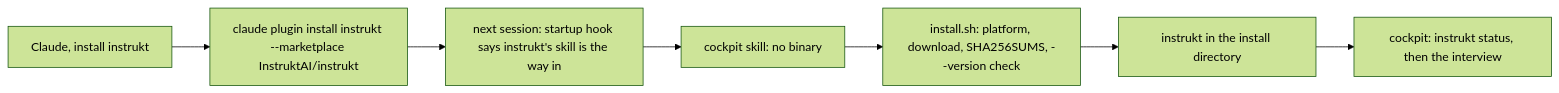
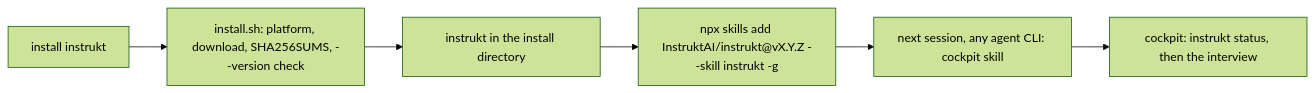
The first of 3 diagrams in docs/project/design/architecture/overview.md (InstruktAI/instrukt), drawn with Mermaid (forest theme) before and after one commit. The commit also changed other lines of this file and 7 other files, not shown here.

Commit message:
docs(specs): one agent skill installed through skills, no plugin and no startup hook

````diff
--- a/docs/project/design/architecture/overview.md
+++ b/docs/project/design/architecture/overview.md
@@ -148,9 +148,8 @@
 ```mermaid
 flowchart LR
-  A["Claude, install instrukt"] --> B[claude plugin install instrukt --marketplace InstruktAI/instrukt]
-  B --> C[next session: startup hook says instrukt's skill is the way in]
-  C --> D[cockpit skill: no binary]
-  D --> E[install.sh: platform, download, SHA256SUMS, --version check]
-  E --> F[instrukt in the install directory]
-  F --> G[cockpit: instrukt status, then the interview]
+  A["install instrukt"] --> B[install.sh: platform, download, SHA256SUMS, --version check]
+  B --> C[instrukt in the install directory]
+  C --> D[npx skills add InstruktAI/instrukt@vX.Y.Z --skill instrukt -g]
+  D --> E[next session, any agent CLI: cockpit skill]
+  E --> F[cockpit: instrukt status, then the interview]
 ```
````
